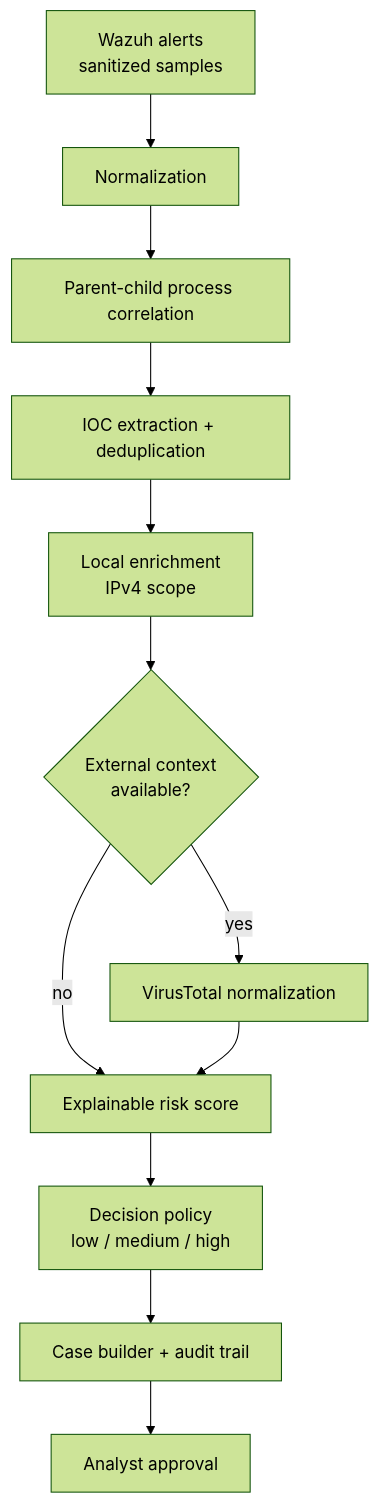
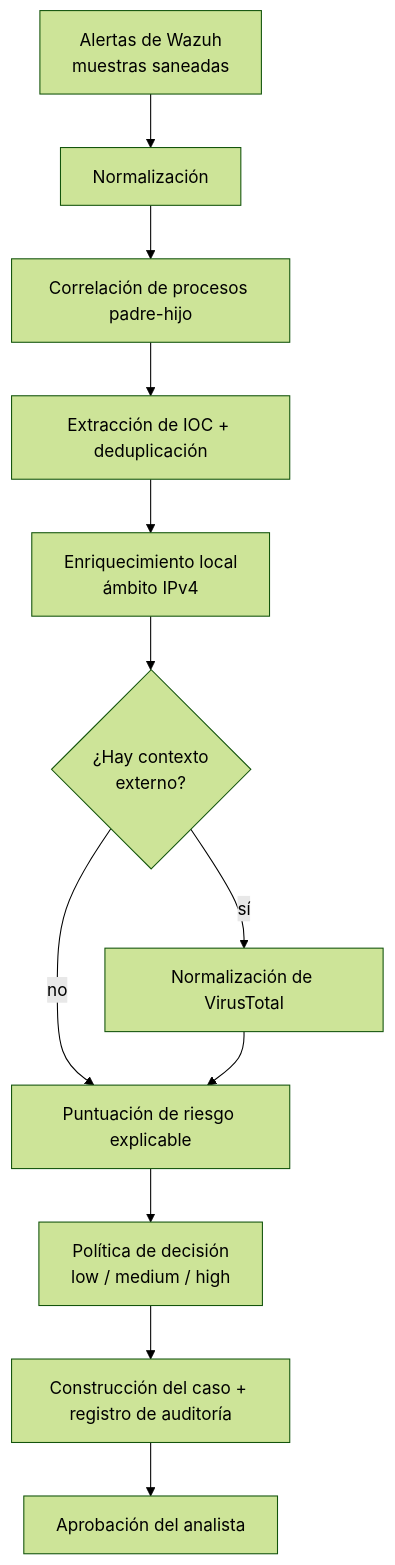
The diagram in README.md (CarlosGutierrezR/soc-security-automation), drawn with Mermaid (forest theme) before and after one commit. The commit also changed other lines of this file, not shown here.

````diff
--- a/README.md
+++ b/README.md
@@ -31,14 +39,14 @@
 ```mermaid
 flowchart TD
-    A[Wazuh alerts<br/>sanitized samples] --> B[Normalization]
-    B --> C[Parent-child process correlation]
-    C --> D[IOC extraction + deduplication]
-    D --> E[Local enrichment<br/>IPv4 scope]
-    E --> F{External context<br/>available?}
-    F -- yes --> G[VirusTotal normalization]
+    A[Alertas de Wazuh<br/>muestras saneadas] --> B[Normalización]
+    B --> C[Correlación de procesos padre-hijo]
+    C --> D[Extracción de IOC + deduplicación]
+    D --> E[Enriquecimiento local<br/>ámbito IPv4]
+    E --> F{¿Hay contexto<br/>externo?}
+    F -- sí --> G[Normalización de VirusTotal]
     F -- no --> H
-    G --> H[Explainable risk score]
-    H --> I[Decision policy<br/>low / medium / high]
-    I --> J[Case builder + audit trail]
-    J --> K[Analyst approval]
+    G --> H[Puntuación de riesgo explicable]
+    H --> I[Política de decisión<br/>low / medium / high]
+    I --> J[Construcción del caso + registro de auditoría]
+    J --> K[Aprobación del analista]
 ```
````
